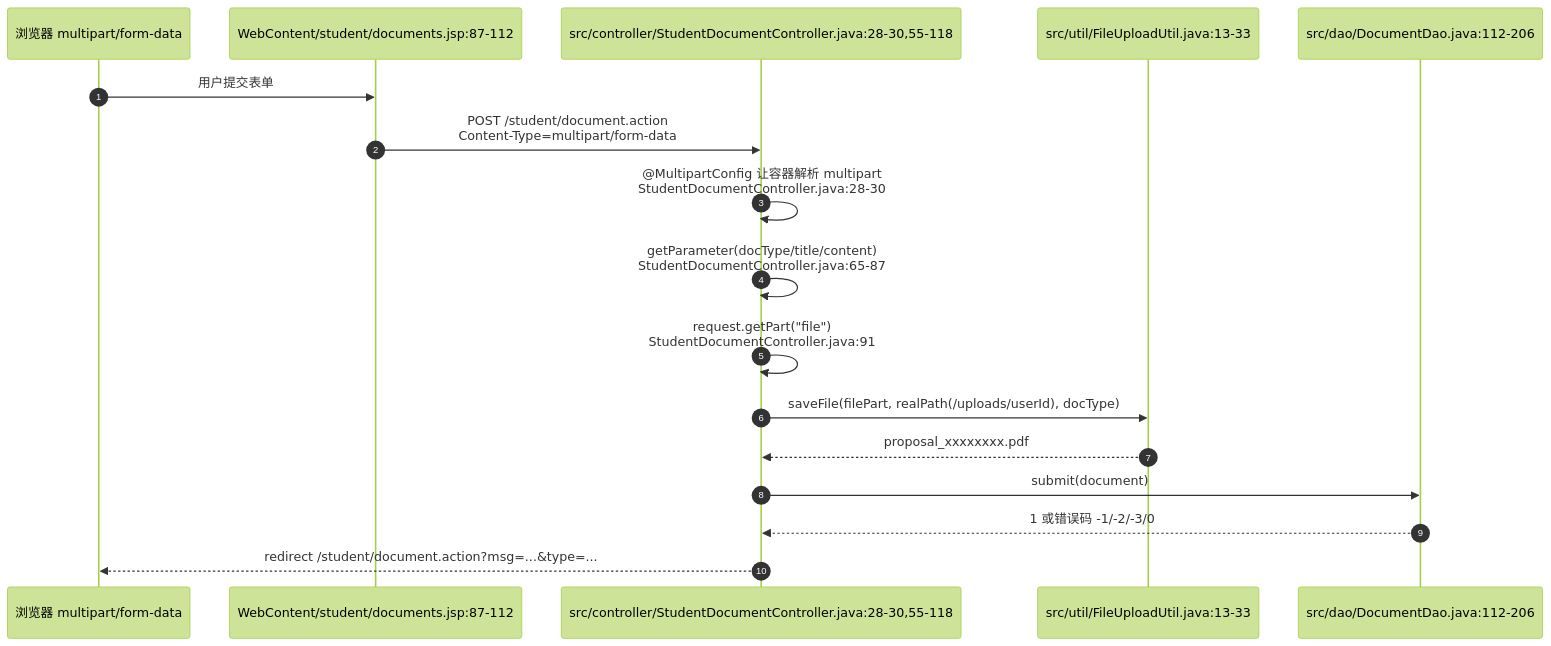
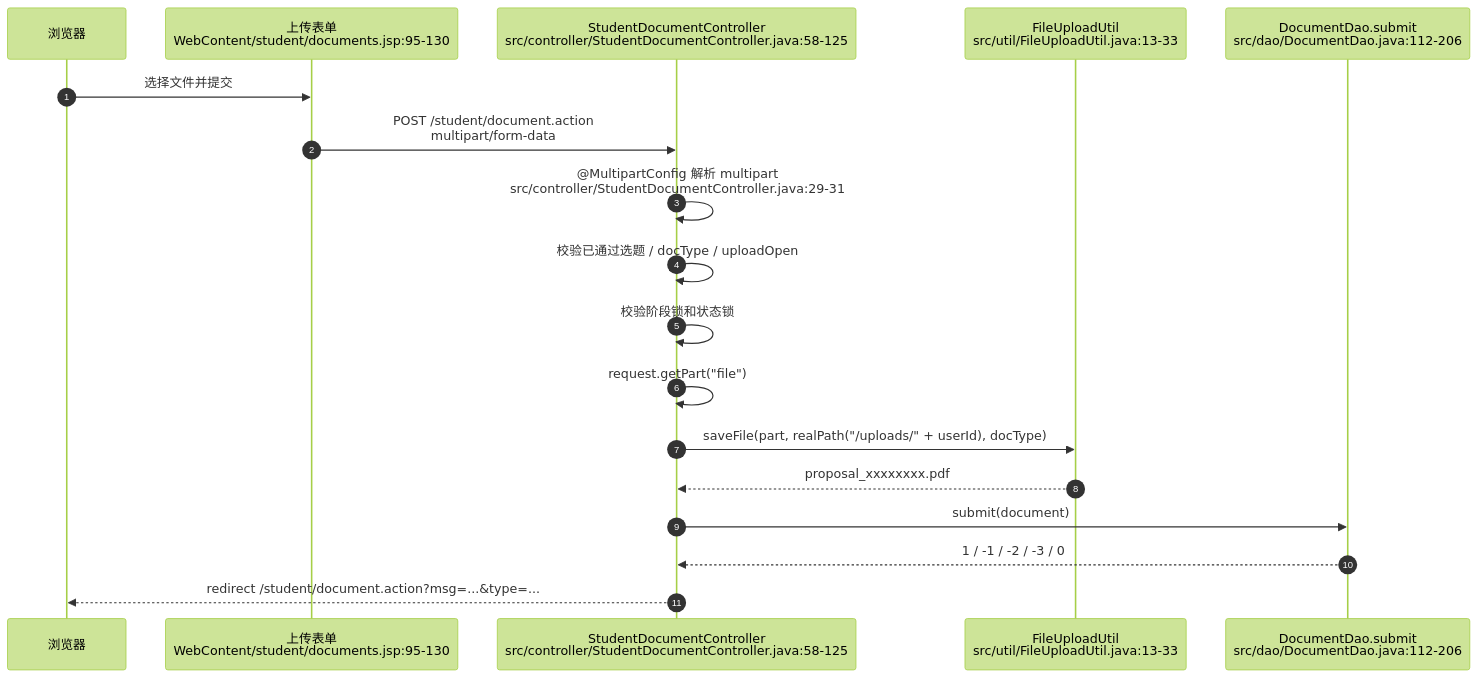
Before and after one commit to guangxiangdebizi/graduation-design-management-system: the second of 11 diagrams in docs/网络数据流详解/parts/03-document-upload-download.md, drawn with Mermaid (forest theme). The commit also changed other lines of this file and 8 other files, not shown here.

First line of the commit message:
refactor project documentation and enhance network data flow details

````diff
--- a/docs/网络数据流详解/parts/03-document-upload-download.md
+++ b/docs/网络数据流详解/parts/03-document-upload-download.md
@@ -157,20 +121,21 @@
 ```mermaid
 sequenceDiagram
     autonumber
-    participant B as 浏览器 multipart/form-data
-    participant JSP as WebContent/student/documents.jsp:87-112
-    participant C as src/controller/StudentDocumentController.java:28-30,55-118
-    participant FU as src/util/FileUploadUtil.java:13-33
-    participant DAO as src/dao/DocumentDao.java:112-206
+    participant B as 浏览器
+    participant JSP as 上传表单<br/>WebContent/student/documents.jsp:95-130
+    participant C as StudentDocumentController<br/>src/controller/StudentDocumentController.java:58-125
+    participant FU as FileUploadUtil<br/>src/util/FileUploadUtil.java:13-33
+    participant DAO as DocumentDao.submit<br/>src/dao/DocumentDao.java:112-206
 
-    B->>JSP: 用户提交表单
-    JSP->>C: POST /student/document.action<br/>Content-Type=multipart/form-data
-    C->>C: @MultipartConfig 让容器解析 multipart<br/>StudentDocumentController.java:28-30
-    C->>C: getParameter(docType/title/content)<br/>StudentDocumentController.java:65-87
-    C->>C: request.getPart("file")<br/>StudentDocumentController.java:91
-    C->>FU: saveFile(filePart, realPath(/uploads/userId), docType)
+    B->>JSP: 选择文件并提交
+    JSP->>C: POST /student/document.action<br/>multipart/form-data
+    C->>C: @MultipartConfig 解析 multipart<br/>src/controller/StudentDocumentController.java:29-31
+    C->>C: 校验已通过选题 / docType / uploadOpen
+    C->>C: 校验阶段锁和状态锁
+    C->>C: request.getPart("file")
+    C->>FU: saveFile(part, realPath("/uploads/" + userId), docType)
     FU-->>C: proposal_xxxxxxxx.pdf
     C->>DAO: submit(document)
-    DAO-->>C: 1 或错误码 -1/-2/-3/0
+    DAO-->>C: 1 / -1 / -2 / -3 / 0
     C-->>B: redirect /student/document.action?msg=...&type=...
 ```
````
